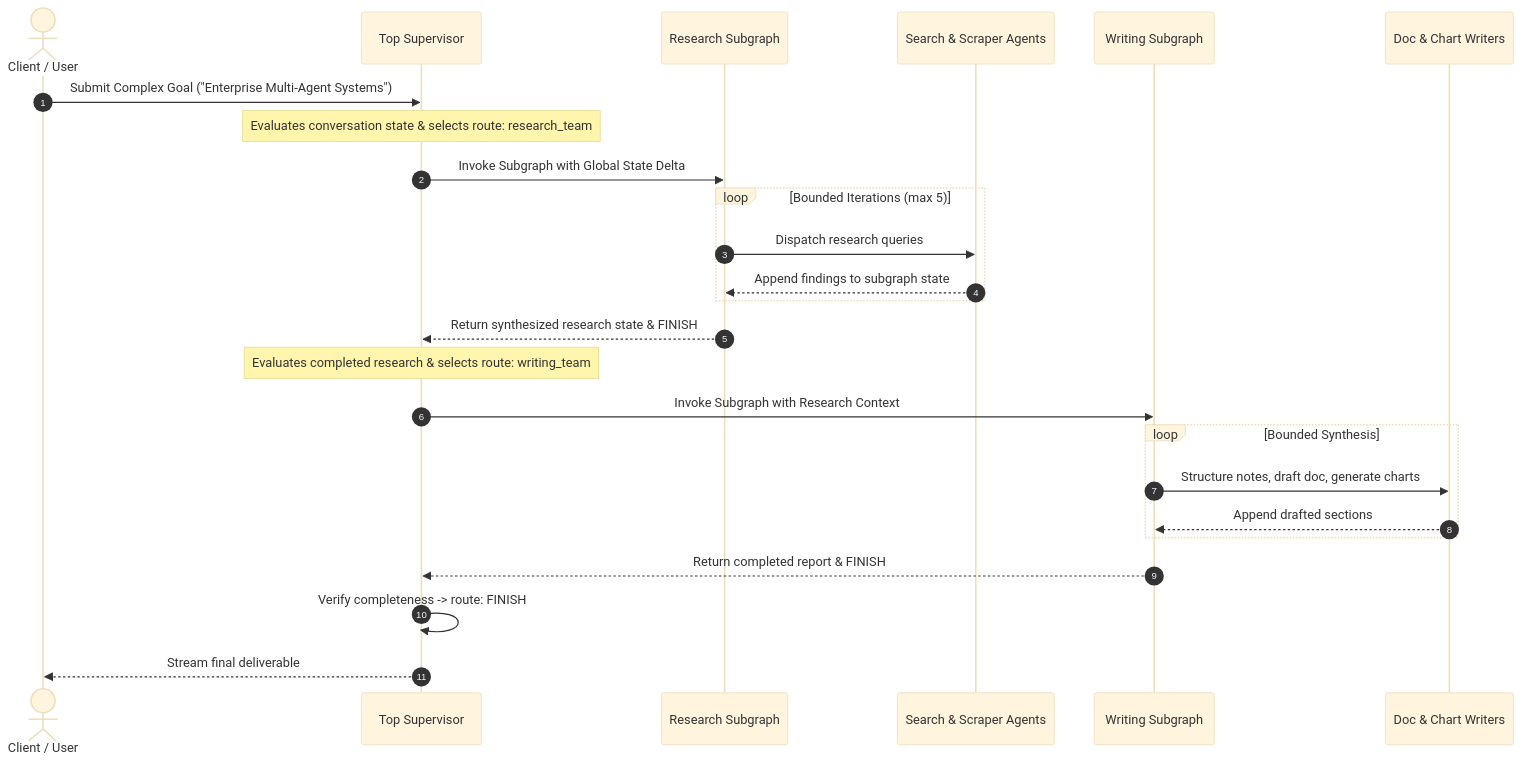
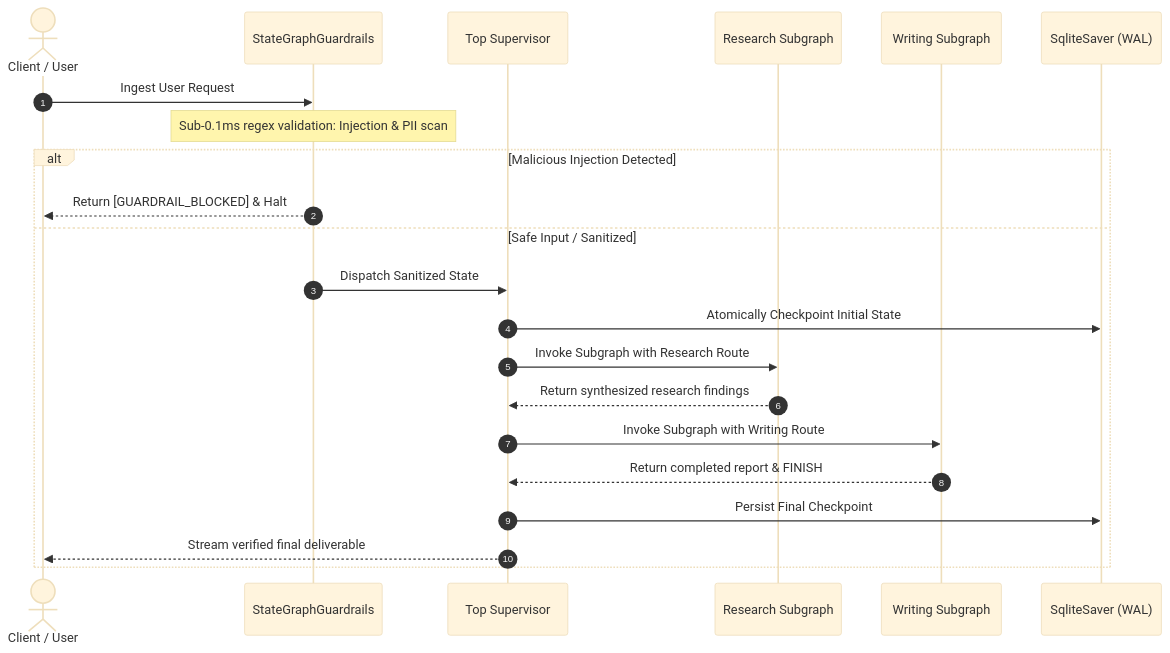
The second of 6 diagrams in README.md (BigBro2454/langgraph-agent-workflows), drawn with Mermaid (base theme) before and after one commit. The commit also changed other lines of this file and 10 other files, not shown here.

Commit message:
feat: implement multi-stage security guardrails, token economics benchmark suite, and interactive architecture dashboard

````diff
--- a/README.md
+++ b/README.md
@@ -83,28 +102,25 @@
 ```mermaid
 sequenceDiagram
     autonumber
     actor User as Client / User
+    participant Guard as StateGraphGuardrails
     participant Top as Top Supervisor
     participant R_Graph as Research Subgraph
-    participant R_Agents as Search & Scraper Agents
     participant W_Graph as Writing Subgraph
-    participant W_Agents as Doc & Chart Writers
+    participant Saver as SqliteSaver (WAL)
 
-    User->>Top: Submit Complex Goal ("Enterprise Multi-Agent Systems")
-    Note over Top: Evaluates conversation state & selects route: research_team
-    Top->>R_Graph: Invoke Subgraph with Global State Delta
-    loop Bounded Iterations (max 5)
-        R_Graph->>R_Agents: Dispatch research queries
-        R_Agents-->>R_Graph: Append findings to subgraph state
+    User->>Guard: Ingest User Request
+    Note over Guard: Sub-0.1ms regex validation: Injection & PII scan
+    alt Malicious Injection Detected
+        Guard-->>User: Return [GUARDRAIL_BLOCKED] & Halt
+    else Safe Input / Sanitized
+        Guard->>Top: Dispatch Sanitized State
+        Top->>Saver: Atomically Checkpoint Initial State
+        Top->>R_Graph: Invoke Subgraph with Research Route
+        R_Graph-->>Top: Return synthesized research findings
+        Top->>W_Graph: Invoke Subgraph with Writing Route
+        W_Graph-->>Top: Return completed report & FINISH
+        Top->>Saver: Persist Final Checkpoint
+        Top-->>User: Stream verified final deliverable
     end
-    R_Graph-->>Top: Return synthesized research state & FINISH
-    Note over Top: Evaluates completed research & selects route: writing_team
-    Top->>W_Graph: Invoke Subgraph with Research Context
-    loop Bounded Synthesis
-        W_Graph->>W_Agents: Structure notes, draft doc, generate charts
-        W_Agents-->>W_Graph: Append drafted sections
-    end
-    W_Graph-->>Top: Return completed report & FINISH
-    Top->>Top: Verify completeness -> route: FINISH
-    Top-->>User: Stream final deliverable
 ```
````
